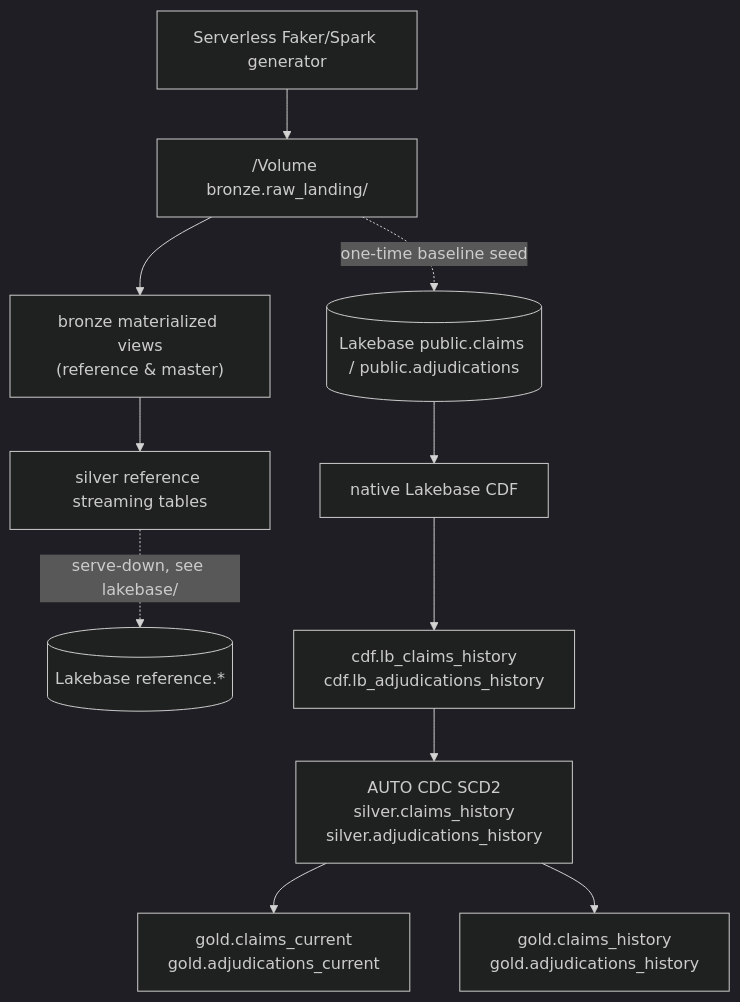
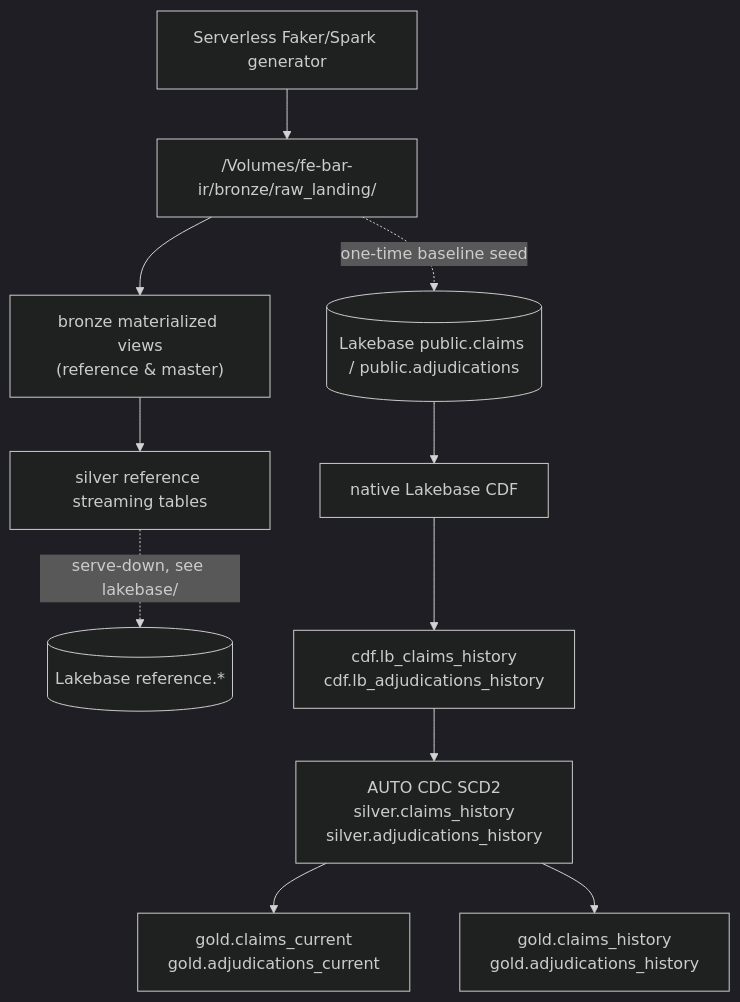
Before and after one commit to Irtebat/claims-adjudication-agent-demo: the diagram in pipelines/README.md, drawn with Mermaid (dark theme). The commit also changed other lines of this file and 22 other files, not shown here.

````diff
--- a/pipelines/README.md
+++ b/pipelines/README.md
@@ -50,15 +50,15 @@
 ```mermaid
 flowchart TD
-  gen["Serverless Faker/Spark generator"] --> vol["/Volume bronze.raw_landing/"]
+  gen["Serverless Faker/Spark generator"] --> vol["/Volumes/fe-bar-ir/bronze/raw_landing/"]
 
   vol --> bronze["bronze materialized views<br/>(reference & master)"]
   bronze --> silverref["silver reference streaming tables"]
   silverref -. "serve-down, see lakebase/" .-> lbref[("Lakebase reference.*")]
 
   vol -. "one-time baseline seed" .-> lboltp[("Lakebase public.claims / public.adjudications")]
   lboltp --> cdf["native Lakebase CDF"]
   cdf --> land["cdf.lb_claims_history<br/>cdf.lb_adjudications_history"]
   land --> scd["AUTO CDC SCD2<br/>silver.claims_history<br/>silver.adjudications_history"]
   scd --> gcur["gold.claims_current<br/>gold.adjudications_current"]
   scd --> ghist["gold.claims_history<br/>gold.adjudications_history"]
 ```
````
